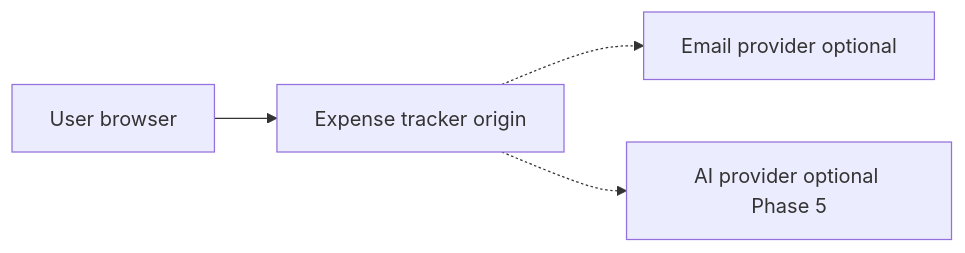
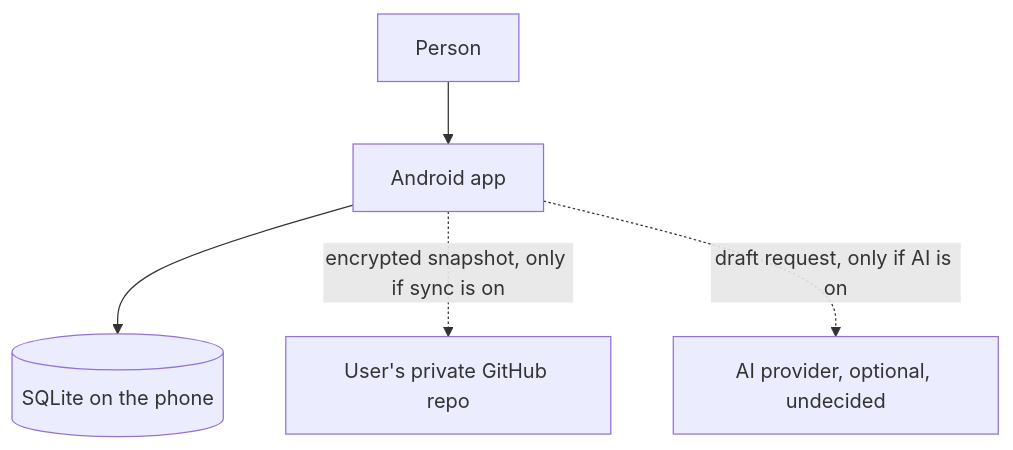
The first of 2 diagrams in docs/architecture/HLD.md (sriharsha-askata/expense-tracker), drawn with Mermaid before and after one commit. The commit also changed other lines of this file and 34 other files, not shown here.

First line of the commit message:
Revise the architecture for a local-first Android app.

````diff
--- a/docs/architecture/HLD.md
+++ b/docs/architecture/HLD.md
@@ -28,10 +25,12 @@
 ```mermaid
-flowchart LR
-  user[User browser]
-  app[Expense tracker origin]
-  mail[Email provider optional]
-  grok[AI provider optional Phase 5]
-  user --> app
-  app -.-> mail
-  app -.-> grok
+flowchart TB
+  user[Person]
+  phone[Android app]
+  db[(SQLite on the phone)]
+  gh[User's private GitHub repo]
+  provider[AI provider, optional, undecided]
+  user --> phone
+  phone --> db
+  phone -.->|encrypted snapshot, only if sync is on| gh
+  phone -.->|draft request, only if AI is on| provider
 ```
````
